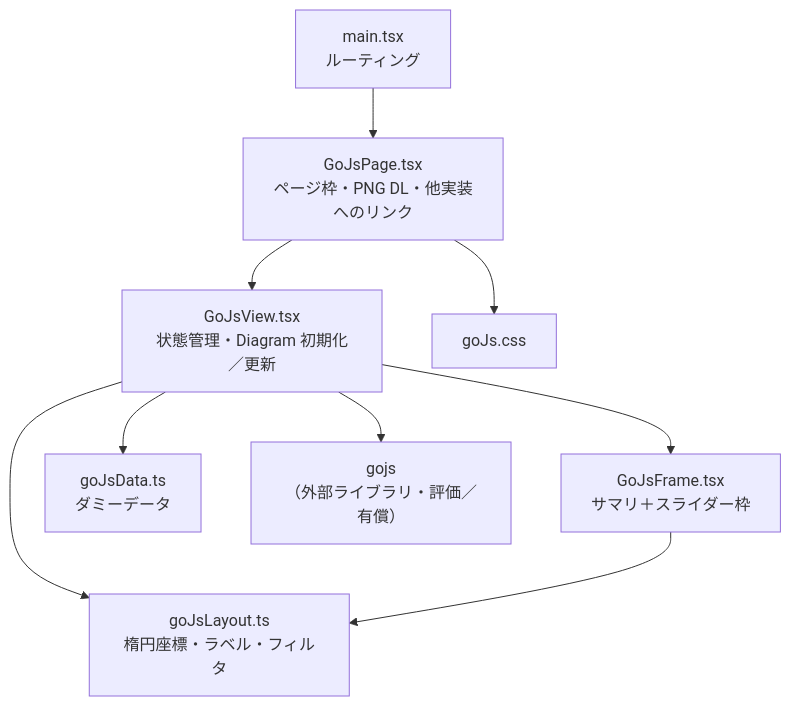
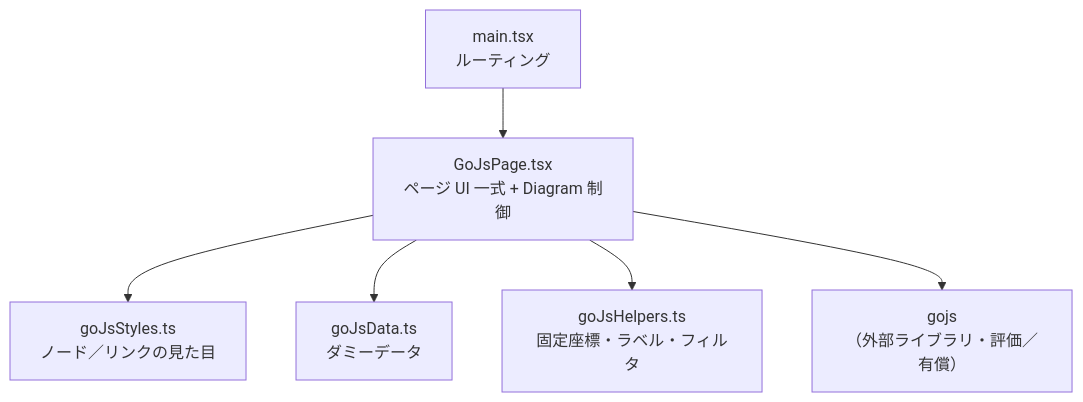
One commit to xpendev/graphtest changed the first of 2 diagrams in docs/component-gojs.md. Above: the diagram before and after it, drawn with Mermaid. The commit also changed other lines of this file and 33 other files, not shown here.

````diff
--- a/docs/component-gojs.md
+++ b/docs/component-gojs.md
@@ -9,20 +11,15 @@
 ```mermaid
 flowchart TB
   main["main.tsx<br/>ルーティング"]
-  page["GoJsPage.tsx<br/>ページ枠・PNG DL・他実装へのリンク"]
-  view["GoJsView.tsx<br/>状態管理・Diagram 初期化／更新"]
-  frame["GoJsFrame.tsx<br/>サマリ＋スライダー枠"]
+  page["GoJsPage.tsx<br/>ページ UI 一式 + Diagram 制御"]
+  styles["goJsStyles.ts<br/>ノード／リンクの見た目"]
   data["goJsData.ts<br/>ダミーデータ"]
-  layout["goJsLayout.ts<br/>楕円座標・ラベル・フィルタ"]
-  css["goJs.css"]
+  helpers["goJsHelpers.ts<br/>固定座標・ラベル・フィルタ"]
   lib["gojs<br/>（外部ライブラリ・評価／有償）"]
 
   main --> page
-  page --> view
-  page --> css
-  view --> frame
-  view --> data
-  view --> layout
-  view --> lib
-  frame --> layout
+  page --> styles
+  page --> data
+  page --> helpers
+  page --> lib
 ```
````
